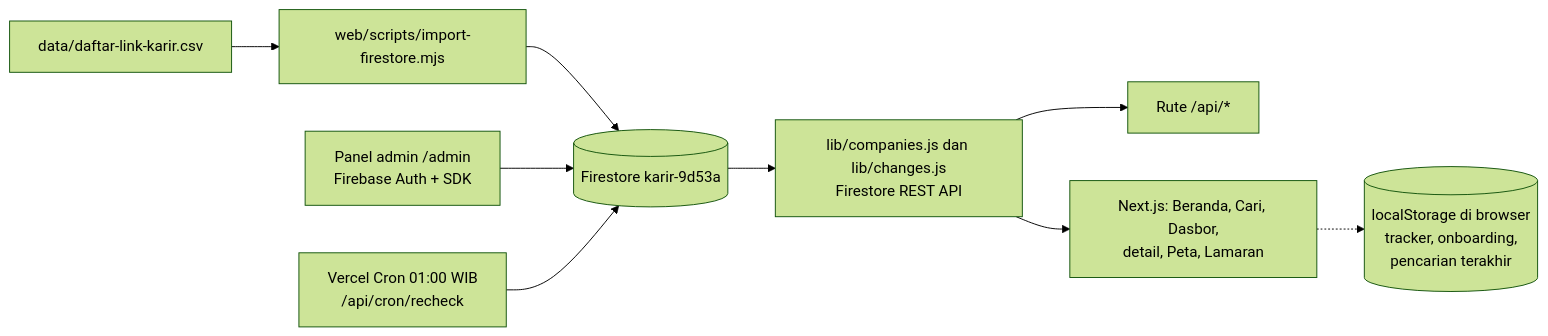
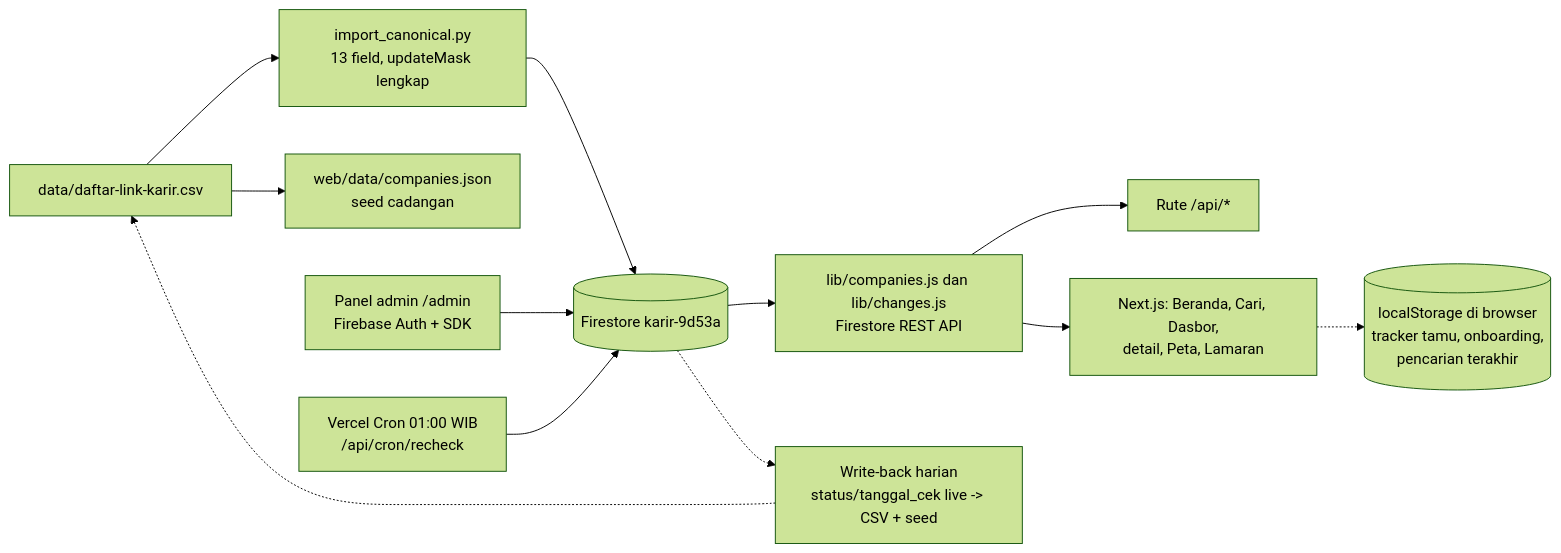
One commit to adiprmx/karir changed the diagram in docs/ARCHITECTURE.md. Above: the diagram before and after it, drawn with Mermaid (forest theme). The commit also changed other lines of this file and 15 other files, not shown here.

````diff
--- a/docs/ARCHITECTURE.md
+++ b/docs/ARCHITECTURE.md
@@ -7,11 +10,14 @@
 ```mermaid
 flowchart LR
-    CSV[data/daftar-link-karir.csv] --> IMPOR[web/scripts/import-firestore.mjs]
+    CSV[data/daftar-link-karir.csv] --> IMPOR[import_canonical.py\n13 field, updateMask lengkap]
     IMPOR --> FS[(Firestore karir-9d53a)]
+    CSV --> SEED[web/data/companies.json\nseed cadangan]
     FS --> REST[lib/companies.js dan lib/changes.js\nFirestore REST API]
     REST --> API[Rute /api/*]
     REST --> HAL[Next.js: Beranda, Cari, Dasbor,\ndetail, Peta, Lamaran]
     ADMIN[Panel admin /admin\nFirebase Auth + SDK] --> FS
     CRON[Vercel Cron 01:00 WIB\n/api/cron/recheck] --> FS
-    HAL -.-> LS[(localStorage di browser\ntracker, onboarding,\npencarian terakhir)]
+    FS -.-> WB[Write-back harian\nstatus/tanggal_cek live -> CSV + seed]
+    WB -.-> CSV
+    HAL -.-> LS[(localStorage di browser\ntracker tamu, onboarding,\npencarian terakhir)]
 ```
````
